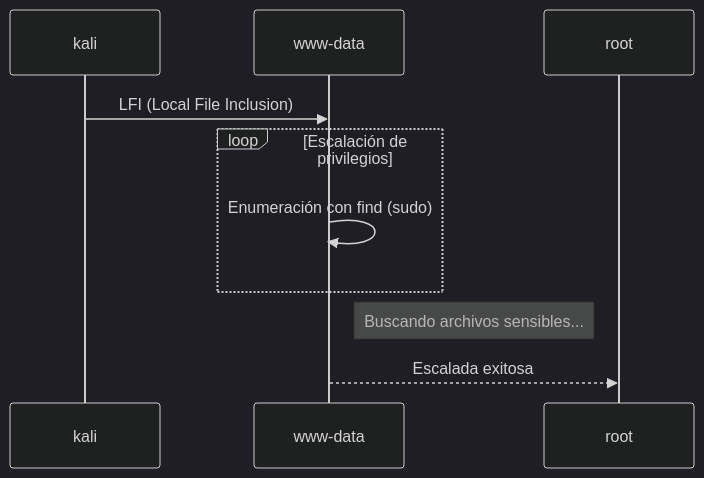
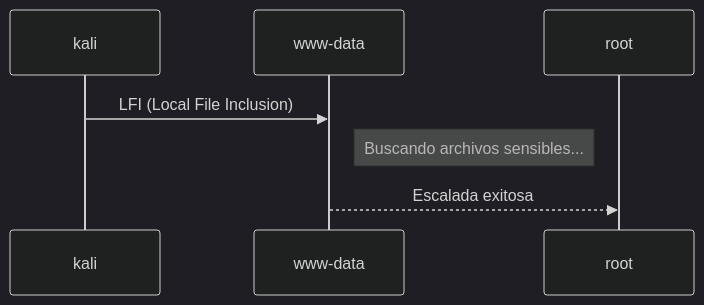
The diagram in _network/port-knocking.md (VulNyx/book), drawn with Mermaid (dark theme) before and after one commit.

````diff
--- a/_network/port-knocking.md
+++ b/_network/port-knocking.md
@@ -10,16 +10,12 @@
 ```mermaid
 sequenceDiagram
     participant kali
     participant www-data
     participant root
     
     kali->>www-data: LFI (Local File Inclusion)
     
-    loop Escalación de privilegios
-        www-data->>www-data: Enumeración con find (sudo)
-    end
-    
     Note right of www-data: Buscando archivos sensibles...
     
     www-data-->>root: Escalada exitosa
 ```
````
